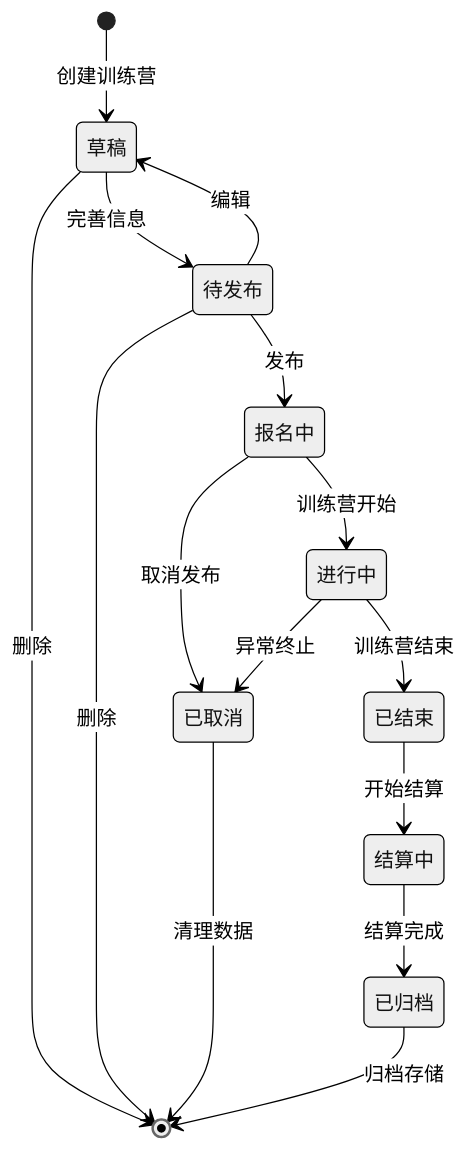
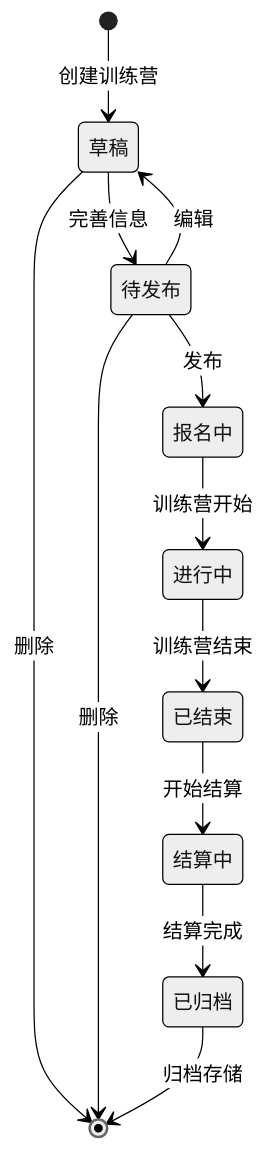
Before and after one commit to yiancode/AutoDepositRefundAgent: the first of 12 diagrams in docs/v1/diagrams/状态机.md, drawn with Mermaid (neutral theme). The commit also changed other lines of this file and 8 other files, not shown here.

````diff
--- a/docs/v1/diagrams/状态机.md
+++ b/docs/v1/diagrams/状态机.md
@@ -15,23 +15,20 @@
 ```mermaid
 stateDiagram-v2
     [*] --> 草稿: 创建训练营
 
     草稿 --> 待发布: 完善信息
     草稿 --> [*]: 删除
 
     待发布 --> 报名中: 发布
     待发布 --> 草稿: 编辑
     待发布 --> [*]: 删除
 
     报名中 --> 进行中: 训练营开始
-    报名中 --> 已取消: 取消发布
 
     进行中 --> 已结束: 训练营结束
-    进行中 --> 已取消: 异常终止
 
     已结束 --> 结算中: 开始结算
     结算中 --> 已归档: 结算完成
 
-    已取消 --> [*]: 清理数据
     已归档 --> [*]: 归档存储
 ```
````
